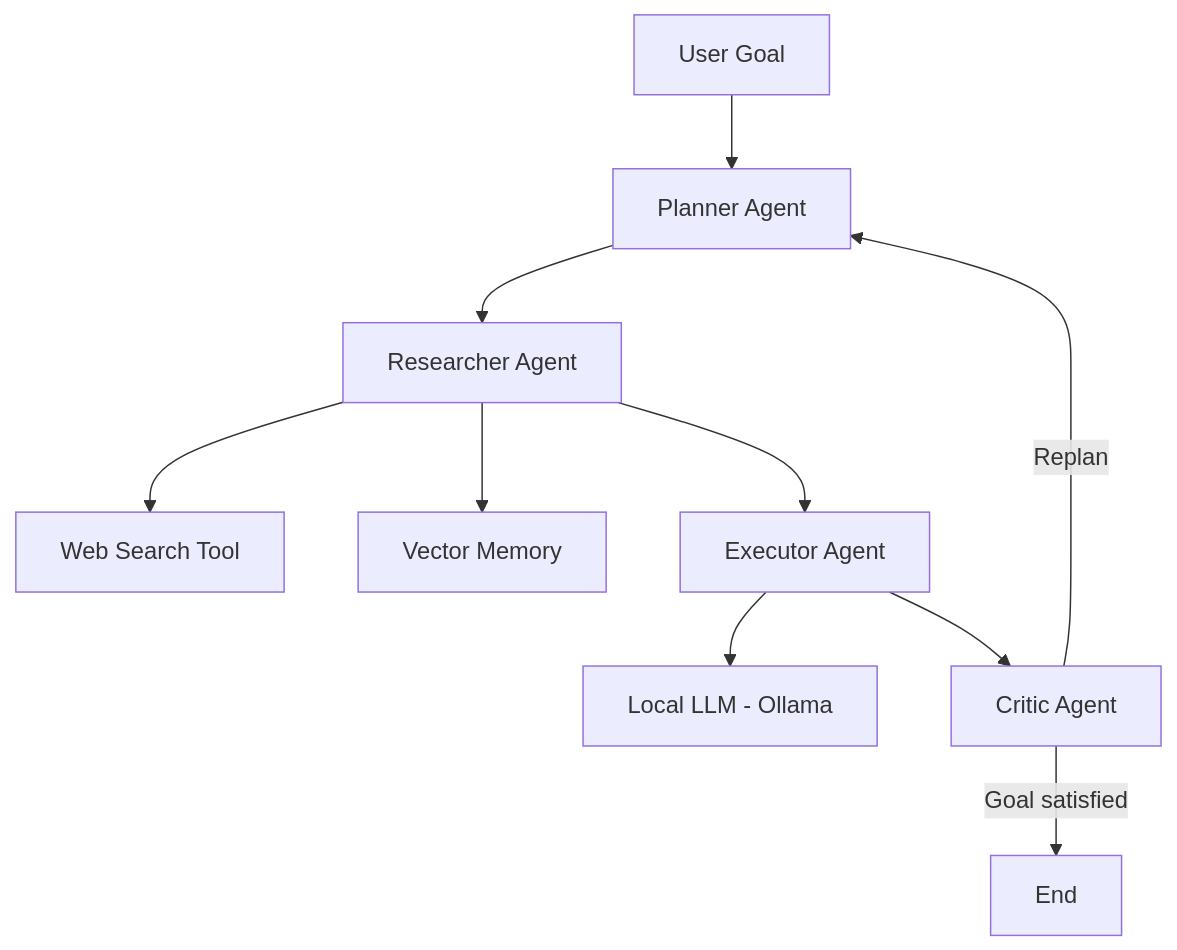
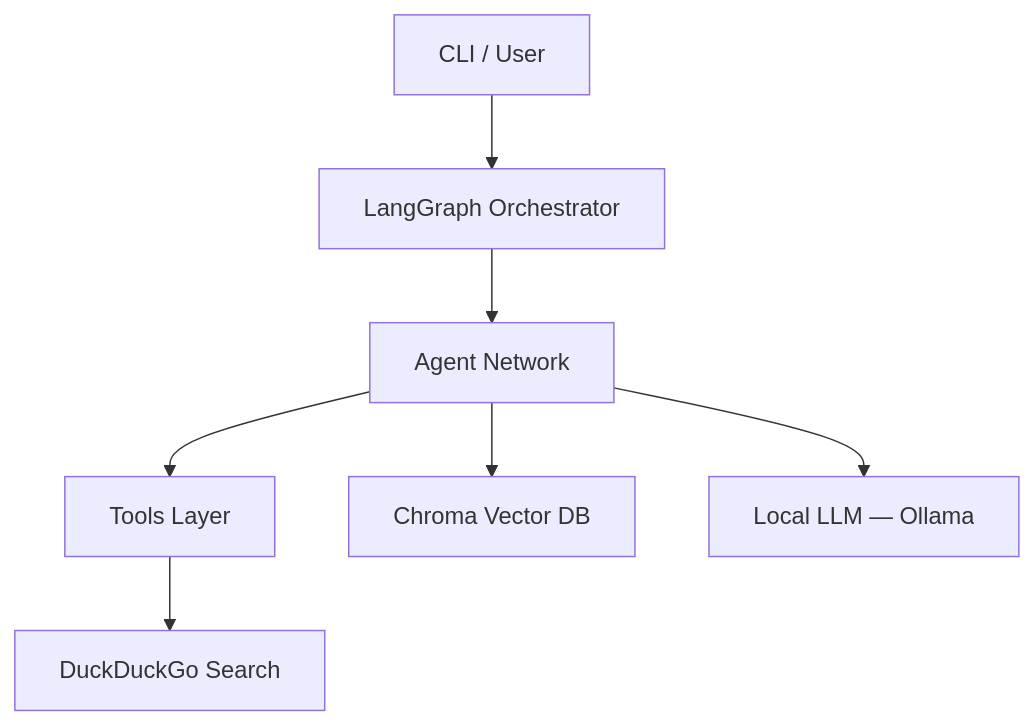
One commit to AlexChariot/agent-system-advanced changed the fifth of 5 diagrams in README.md. Above: the diagram before and after it, drawn with Mermaid. The commit also changed other lines of this file and 25 other files, not shown here.

````diff
--- a/README.md
+++ b/README.md
@@ -180,26 +130,17 @@
 ```mermaid
 flowchart TD
+    User[CLI / User]
+    Orchestrator[LangGraph Orchestrator]
+    Agents[Agent Network]
+    Tools[Tools Layer]
+    Memory[Chroma Vector DB]
+    LLM[Local LLM — Ollama]
+    Web[DuckDuckGo Search]
 
-    User[User Goal]
-
-    Planner[Planner Agent]
-    Researcher[Researcher Agent]
-    Executor[Executor Agent]
-    Critic[Critic Agent]
-
-    Web[Web Search Tool]
-    Memory[Vector Memory]
-
-    LLM[Local LLM - Ollama]
-
-    User --> Planner
-    Planner --> Researcher
-    Researcher --> Web
-    Researcher --> Memory
-    Researcher --> Executor
-    Executor --> LLM
-    Executor --> Critic
-
-    Critic -->|Goal satisfied| End
-    Critic -->|Replan| Planner
+    User --> Orchestrator
+    Orchestrator --> Agents
+    Agents --> Tools
+    Agents --> Memory
+    Agents --> LLM
+    Tools --> Web
 ```
````
